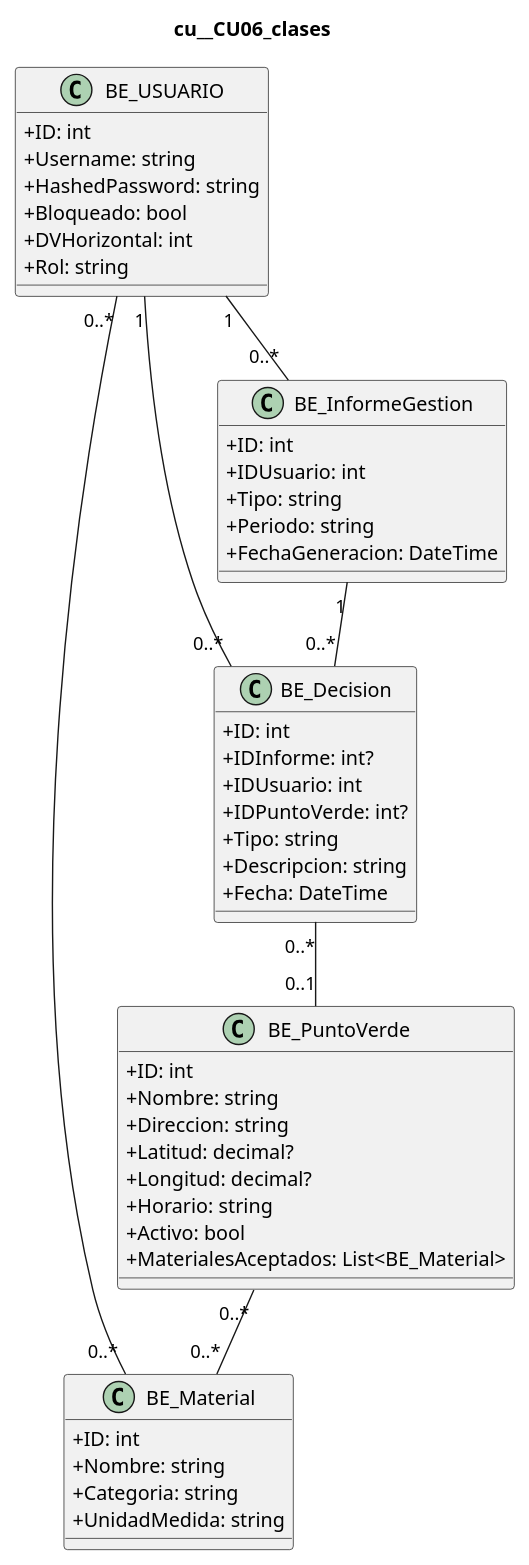
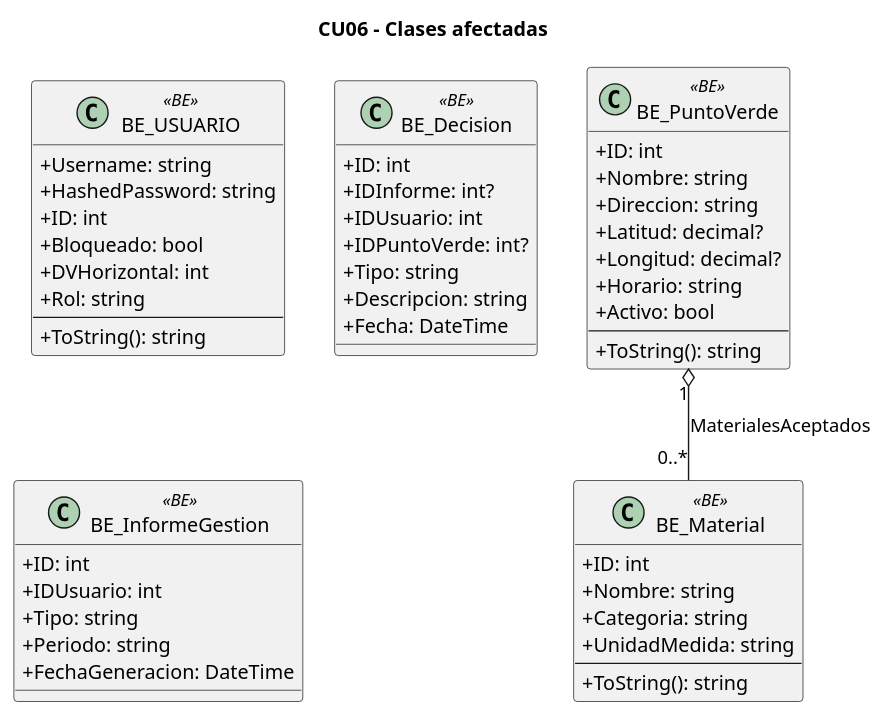
The diagram in docs/diagramas/uml/cu__CU06_clases.puml (L-Muniz/uai-diploma_2026), drawn with PlantUML before and after one commit. The commit also changed 58 other files, not shown here.

Commit message:
Docs: diagramas de clases con la notación de la tercera entrega (paquetes, estereotipos, firmas, asociaciones)

```diff
--- a/docs/diagramas/uml/cu__CU06_clases.puml
+++ b/docs/diagramas/uml/cu__CU06_clases.puml
@@ -1,50 +1,50 @@
 @startuml
 skinparam classAttributeIconSize 0
-title cu__CU06_clases
-class "BE_USUARIO" as USUARIO {
-  +ID: int
+title CU06 - Clases afectadas
+class "BE_USUARIO" as BE_USUARIO <<BE>> {
   +Username: string
   +HashedPassword: string
+  +ID: int
   +Bloqueado: bool
   +DVHorizontal: int
   +Rol: string
+  --
+  +ToString(): string
 }
-class "BE_PuntoVerde" as PUNTO_VERDE {
+class "BE_PuntoVerde" as BE_PuntoVerde <<BE>> {
   +ID: int
   +Nombre: string
   +Direccion: string
   +Latitud: decimal?
   +Longitud: decimal?
   +Horario: string
   +Activo: bool
-  +MaterialesAceptados: List<BE_Material>
+  --
+  +ToString(): string
 }
-class "BE_Material" as MATERIAL {
+class "BE_Material" as BE_Material <<BE>> {
   +ID: int
   +Nombre: string
   +Categoria: string
   +UnidadMedida: string
+  --
+  +ToString(): string
 }
-class "BE_Decision" as DECISION {
+class "BE_Decision" as BE_Decision <<BE>> {
   +ID: int
   +IDInforme: int?
   +IDUsuario: int
   +IDPuntoVerde: int?
   +Tipo: string
   +Descripcion: string
   +Fecha: DateTime
 }
-class "BE_InformeGestion" as INFORME {
+class "BE_InformeGestion" as BE_InformeGestion <<BE>> {
   +ID: int
   +IDUsuario: int
   +Tipo: string
   +Periodo: string
   +FechaGeneracion: DateTime
 }
-PUNTO_VERDE "0..*" -- "0..*" MATERIAL
-USUARIO "1" -- "0..*" INFORME
-INFORME "1" -- "0..*" DECISION
-DECISION "0..*" -- "0..1" PUNTO_VERDE
-USUARIO "1" -- "0..*" DECISION
-USUARIO "0..*" -- "0..*" MATERIAL
+BE_PuntoVerde "1" o-- "0..*" BE_Material : MaterialesAceptados
 @enduml
```
